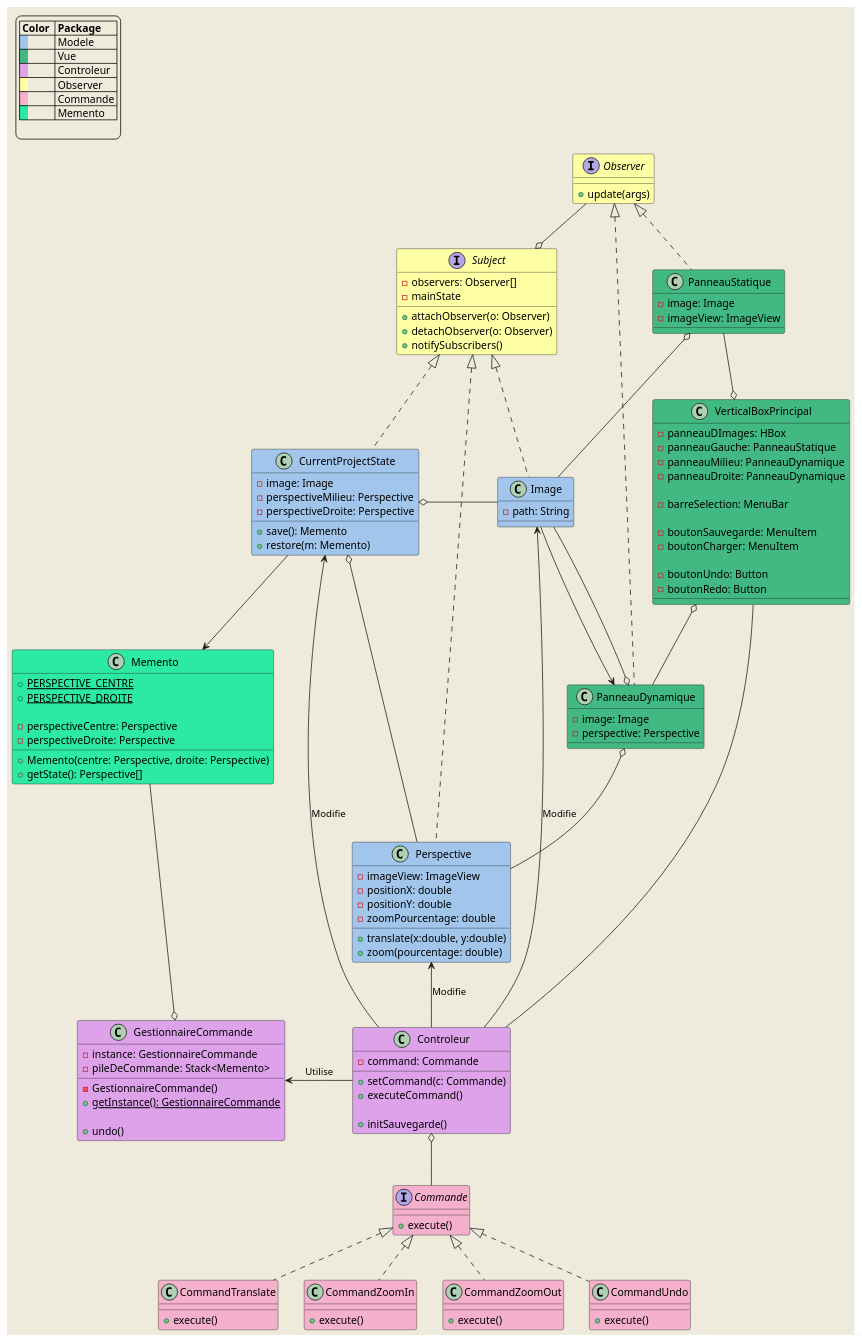
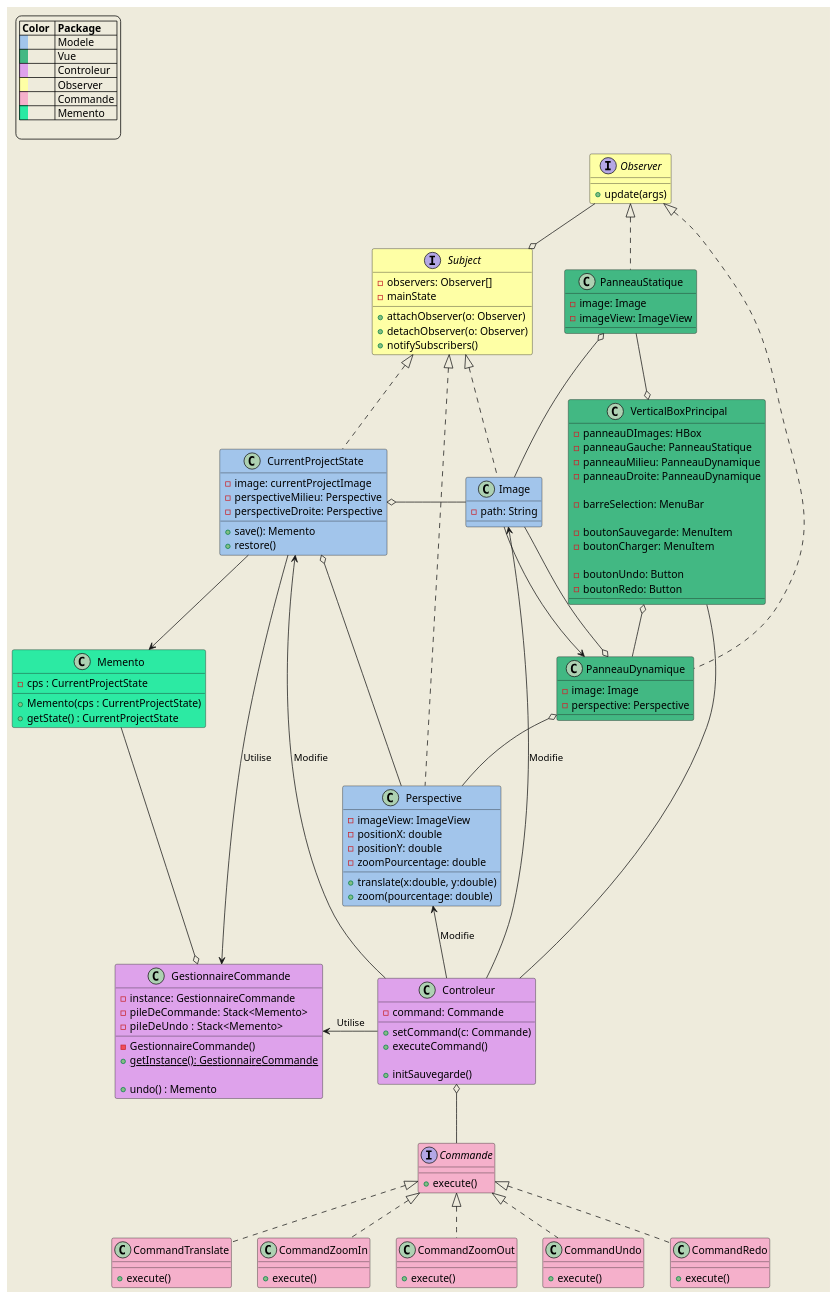
Before and after one commit to VelaSam/PerspectivePro: the diagram in src/diagrammes/diagramme_de_classe_global.puml, drawn with PlantUML.

Commit message:
Changement Diagramme de classe
Il vas manquer:
-Ajuster Memento (éviter le passage de référence)
-Ajouter les classes et méthodes pour le patron Observateur

```diff
--- a/src/diagrammes/diagramme_de_classe_global.puml
+++ b/src/diagrammes/diagramme_de_classe_global.puml
@@ -58,8 +58,11 @@
     class CommandUndo #F5B0CB implements Commande{
         +execute()
     }
+    class CommandRedo #F5B0CB implements Commande{
+        +execute()
+    }
 
-    
+
     '-----------COMMAND--------------'
 
 
@@ -69,14 +72,15 @@
     class GestionnaireCommande #dea2eb{
         -instance: GestionnaireCommande
         -pileDeCommande: Stack<Memento>
-        
+        -pileDeUndo  : Stack<Memento>
+
 
         -GestionnaireCommande()
         + {static} getInstance(): GestionnaireCommande
-        
-        +undo()
 
-    } 
+        +undo() : Memento
+
+    }
     '-----------SINGLETON--------------'
 
     '-----------MEMENTO--------------'
@@ -87,34 +91,34 @@
 
     class Memento #2CEAA3{
 
-        {static}+PERSPECTIVE_CENTRE
-        {static}+PERSPECTIVE_DROITE
+        '{static}+PERSPECTIVE_CENTRE
+        '{static}+PERSPECTIVE_DROITE
 
-        -perspectiveCentre: Perspective
-        -perspectiveDroite: Perspective
+        -cps : CurrentProjectState
 
-        +Memento(centre: Perspective, droite: Perspective)
-        +getState(): Perspective[]
+        +Memento(cps : CurrentProjectState)
+        +getState() : CurrentProjectState
     }
 
-    
+
     '-----------MEMENTO--------------'
 
 
 
     class CurrentProjectState #a2c5eb implements Subject {
 
-        -image: Image
+        -image: currentProjectImage
         -perspectiveMilieu: Perspective
         -perspectiveDroite: Perspective
-        
+
         +save(): Memento
-        +restore(m: Memento)
+        +restore()
+        'restore() vas appeler undo() Gestionnaire Commande
     }
 
 
     class Perspective #a2c5eb implements Subject{
-        
+
         -imageView: ImageView
         -positionX: double
         -positionY: double
@@ -175,7 +179,7 @@
 
     }
 
-   
+
 
    Observer -o Subject
    Controleur -l-> GestionnaireCommande : Utilise
@@ -195,13 +199,15 @@
    Memento ---o GestionnaireCommande
    CurrentProjectState --> Memento
 
-   
+
    PanneauDynamique o-- Image
    Image --> PanneauDynamique
-   
+
    PanneauDynamique o-- Perspective
 
    PanneauStatique o- Image
+
+   CurrentProjectState --> GestionnaireCommande : Utilise
    
 
 
```
